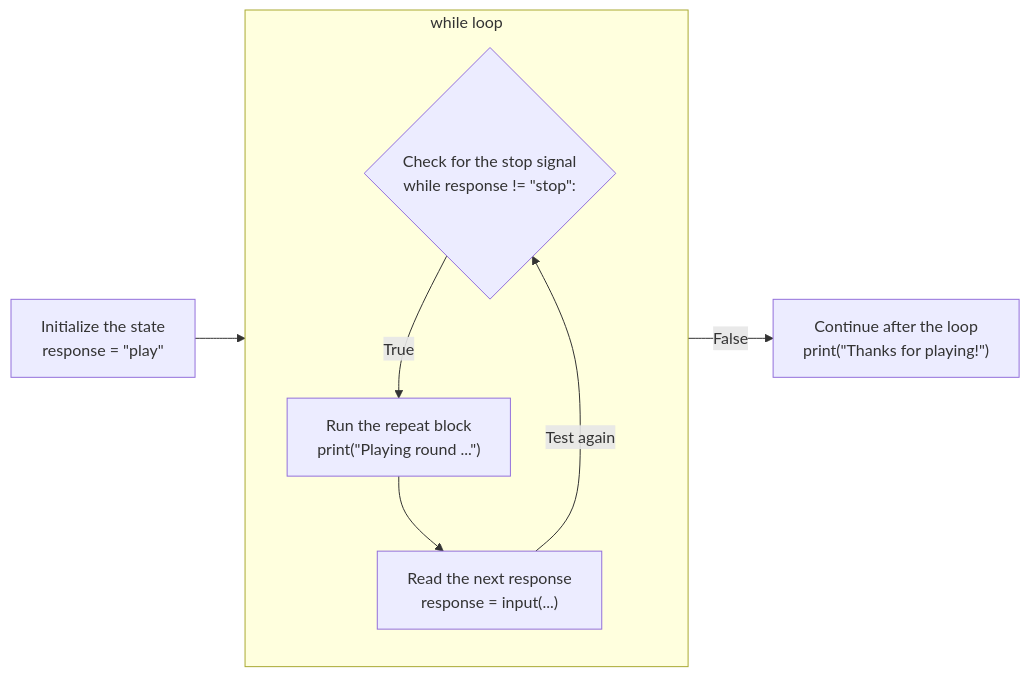
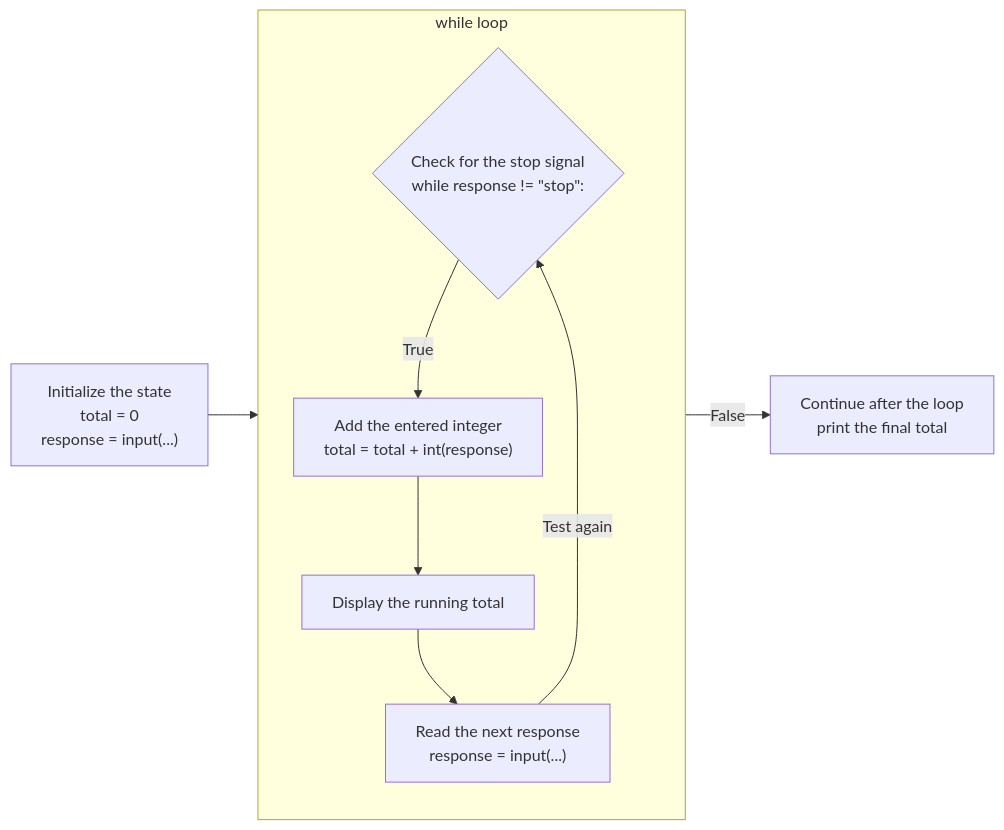
One commit to comp110/comp110-book changed the third of 3 diagrams in docs/control_flow/while_loops.md. Above: the diagram before and after it, drawn with Mermaid. The commit also changed other lines of this file and 1 other file, not shown here.

````diff
--- a/docs/control_flow/while_loops.md
+++ b/docs/control_flow/while_loops.md
@@ -184,14 +184,16 @@
 ```mermaid
 flowchart LR
-    Initialize["Initialize the state<br/>response = &quot;play&quot;"] --> Test
+    Initialize["Initialize the state<br/>total = 0<br/>response = input(...)"] --> Test
     subgraph Cycle["while loop"]
         direction TB
         Test{"Check for the stop signal<br/>while response != &quot;stop&quot;:"}
-        Work["Run the repeat block<br/>print(&quot;Playing round ...&quot;)"]
+        Add["Add the entered integer<br/>total = total + int(response)"]
+        Report["Display the running total"]
         Update["Read the next response<br/>response = input(...)"]
-        Test -->|True| Work
-        Work --> Update
+        Test -->|True| Add
+        Add --> Report
+        Report --> Update
         Update -->|Test again| Test
     end
-    Test -->|False| Continue["Continue after the loop<br/>print(&quot;Thanks for playing!&quot;)"]
+    Test -->|False| Continue["Continue after the loop<br/>print the final total"]
 ```
````
